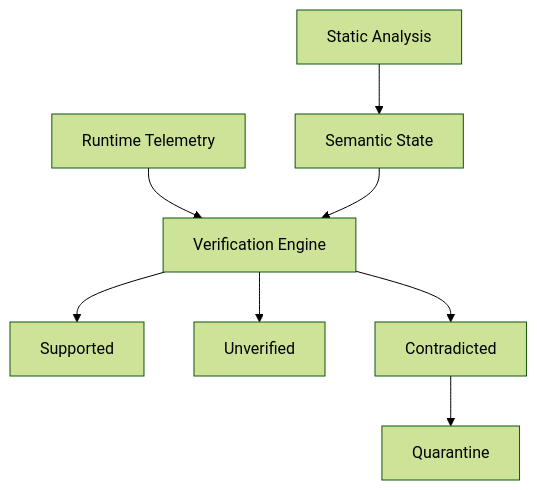
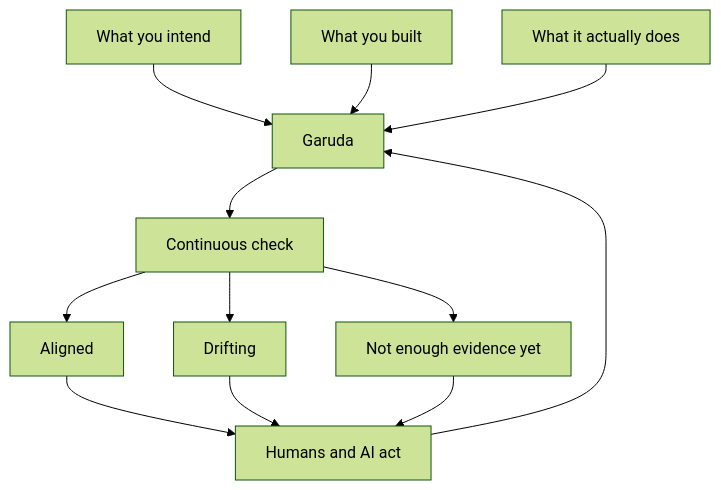
Before and after one commit to myshra777-ai/garuda: the first of 2 diagrams in README.md, drawn with Mermaid (forest theme). The commit also changed other lines of this file, not shown here.

````diff
--- a/README.md
+++ b/README.md
@@ -96,12 +53,14 @@
 ```mermaid
 flowchart TD
-    STATIC["Static Analysis"] --> SEMANTIC["Semantic State"]
-    RUNTIME["Runtime Telemetry"] --> ENGINE["Verification Engine"]
-    SEMANTIC --> ENGINE
-
-    ENGINE --> SUPPORTED["Supported"]
-    ENGINE --> UNVERIFIED["Unverified"]
-    ENGINE --> CONTRADICTED["Contradicted"]
-
-    CONTRADICTED --> QUARANTINE["Quarantine"]
+    INTENT["What you intend"] --> GARUDA["Garuda"]
+    CODE["What you built"] --> GARUDA
+    RUNTIME["What it actually does"] --> GARUDA
+    GARUDA --> CHECK["Continuous check"]
+    CHECK --> ALIGNED["Aligned"]
+    CHECK --> DRIFT["Drifting"]
+    CHECK --> UNKNOWN["Not enough evidence yet"]
+    ALIGNED --> ACTION["Humans and AI act"]
+    DRIFT --> ACTION
+    UNKNOWN --> ACTION
+    ACTION --> GARUDA
 ```
````
